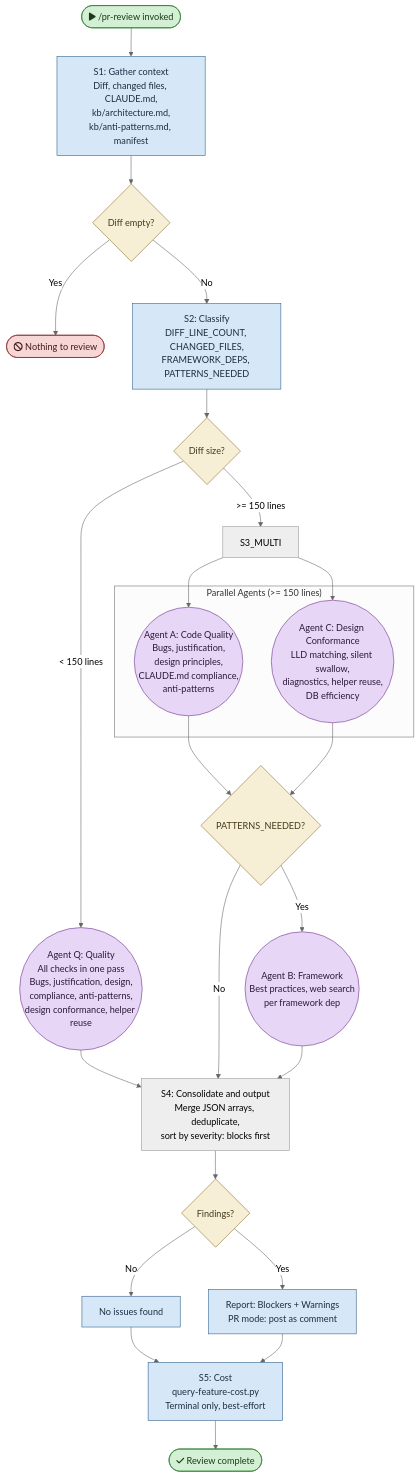
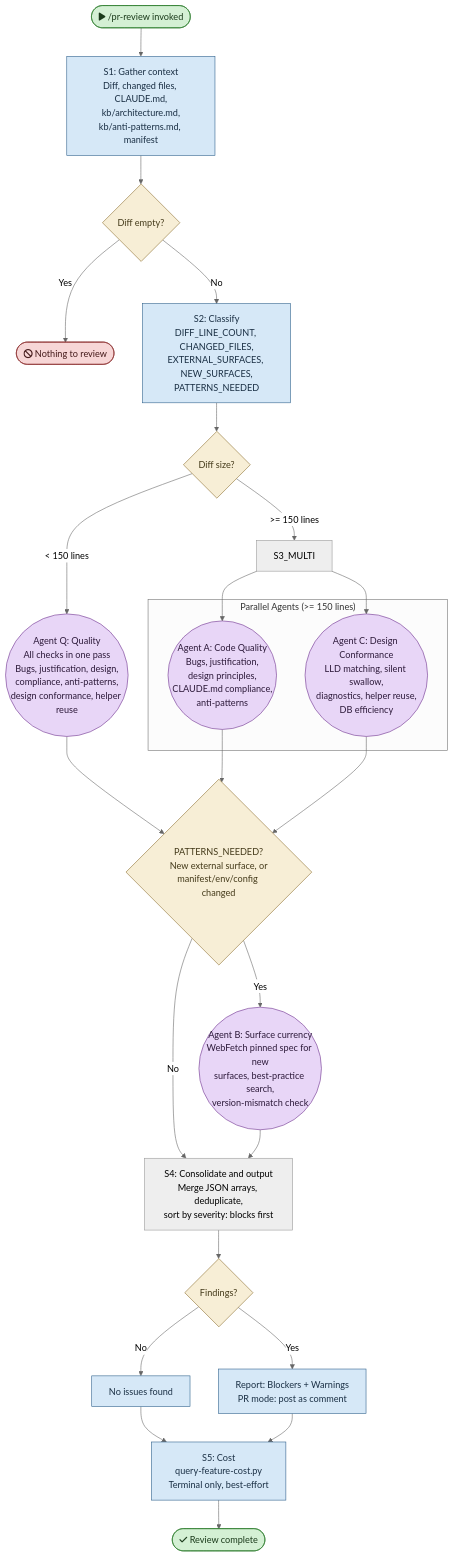
The diagram in plugins/edf/skills/pr-review/flowchart.md (mironyx/engineering-delivery-framework), drawn with Mermaid (neutral theme) before and after one commit. The commit also changed other lines of this file and 8 other files, not shown here.

First line of the commit message:
fix: gate framework-currency research on first use of an external surface

````diff
--- a/plugins/edf/skills/pr-review/flowchart.md
+++ b/plugins/edf/skills/pr-review/flowchart.md
@@ -5,55 +5,55 @@
 ```mermaid
 flowchart TD
     START(["fa:fa-play /pr-review invoked"]) --> S1
 
     S1["S1: Gather context<br/>Diff, changed files, CLAUDE.md,<br/>kb/architecture.md,<br/>kb/anti-patterns.md, manifest"] --> S1_CHK{"Diff empty?"}
     S1_CHK -->|"Yes"| STOP_EMPTY(["fa:fa-ban Nothing to review"])
     S1_CHK -->|"No"| S2
 
-    S2["S2: Classify<br/>DIFF_LINE_COUNT, CHANGED_FILES,<br/>FRAMEWORK_DEPS, PATTERNS_NEEDED"] --> S2_SIZE{"Diff size?"}
+    S2["S2: Classify<br/>DIFF_LINE_COUNT, CHANGED_FILES,<br/>EXTERNAL_SURFACES, NEW_SURFACES,<br/>PATTERNS_NEEDED"] --> S2_SIZE{"Diff size?"}
 
     S2_SIZE -->|"< 150 lines"| S3_SINGLE
     S2_SIZE -->|">= 150 lines"| S3_MULTI
 
     S3_SINGLE(("Agent Q: Quality<br/>All checks in one pass<br/>Bugs, justification, design,<br/>compliance, anti-patterns,<br/>design conformance, helper reuse"))
 
-    S3_SINGLE --> S4
+    S3_SINGLE --> S3_PAT
 
     subgraph PARALLEL["Parallel Agents (>= 150 lines)"]
         S3A(("Agent A: Code Quality<br/>Bugs, justification,<br/>design principles,<br/>CLAUDE.md compliance,<br/>anti-patterns"))
         S3C(("Agent C: Design Conformance<br/>LLD matching, silent swallow,<br/>diagnostics, helper reuse,<br/>DB efficiency"))
     end
 
     S3_MULTI --> S3A
     S3_MULTI --> S3C
 
-    S3A --> S3_PAT{"PATTERNS_NEEDED?"}
+    S3A --> S3_PAT{"PATTERNS_NEEDED?<br/>New external surface, or<br/>manifest/env/config changed"}
     S3C --> S3_PAT
-    S3_PAT -->|"Yes"| S3B(("Agent B: Framework<br/>Best practices, web search<br/>per framework dep"))
+    S3_PAT -->|"Yes"| S3B(("Agent B: Surface currency<br/>WebFetch pinned spec for new<br/>surfaces, best-practice search,<br/>version-mismatch check"))
     S3_PAT -->|"No"| S4
     S3B --> S4
 
     S4["S4: Consolidate and output<br/>Merge JSON arrays, deduplicate,<br/>sort by severity: blocks first"] --> S4_FIND{"Findings?"}
     S4_FIND -->|"No"| S4_CLEAN["No issues found"]
     S4_FIND -->|"Yes"| S4_REPORT["Report: Blockers + Warnings<br/>PR mode: post as comment"]
 
     S4_CLEAN --> S5
     S4_REPORT --> S5
 
     S5["S5: Cost<br/>query-feature-cost.py<br/>Terminal only, best-effort"]
 
     S5 --> DONE(["fa:fa-check Review complete"])
 
     %% ── Styles ──
     classDef startend fill:#d4f0d4,stroke:#2d7d2d,color:#1a3a1a
     classDef process fill:#d6e8f7,stroke:#2d5f8a,color:#1a2f44
     classDef agent fill:#e8d6f7,stroke:#6b2d8a,color:#2d1a3a
     classDef decision fill:#f7eed6,stroke:#8a6d2d,color:#443a1a
     classDef stop fill:#f7d6d6,stroke:#8a2d2d,color:#441a1a
 
     class START,DONE startend
     class S1,S2,S4_CLEAN,S4_REPORT,S5 process
     class S3_SINGLE,S3A,S3C,S3B agent
     class S1_CHK,S2_SIZE,S3_PAT,S4_FIND decision
     class STOP_EMPTY stop
 ```
````
